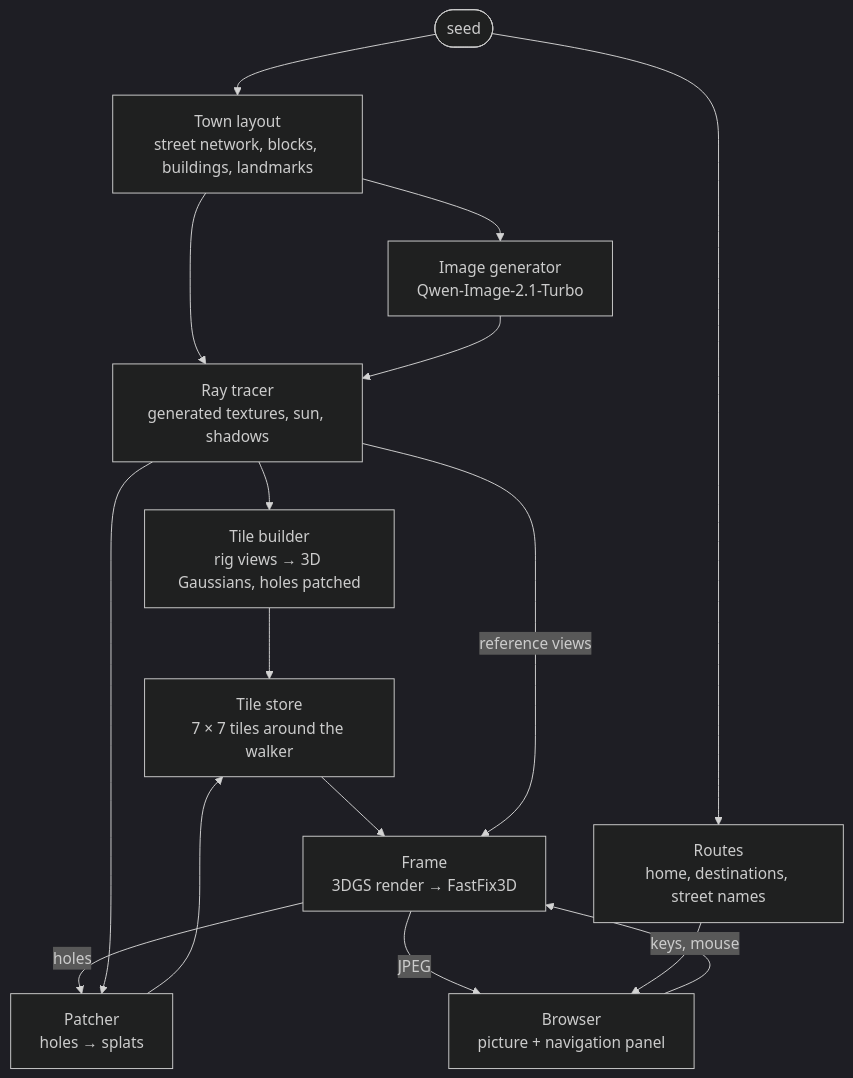
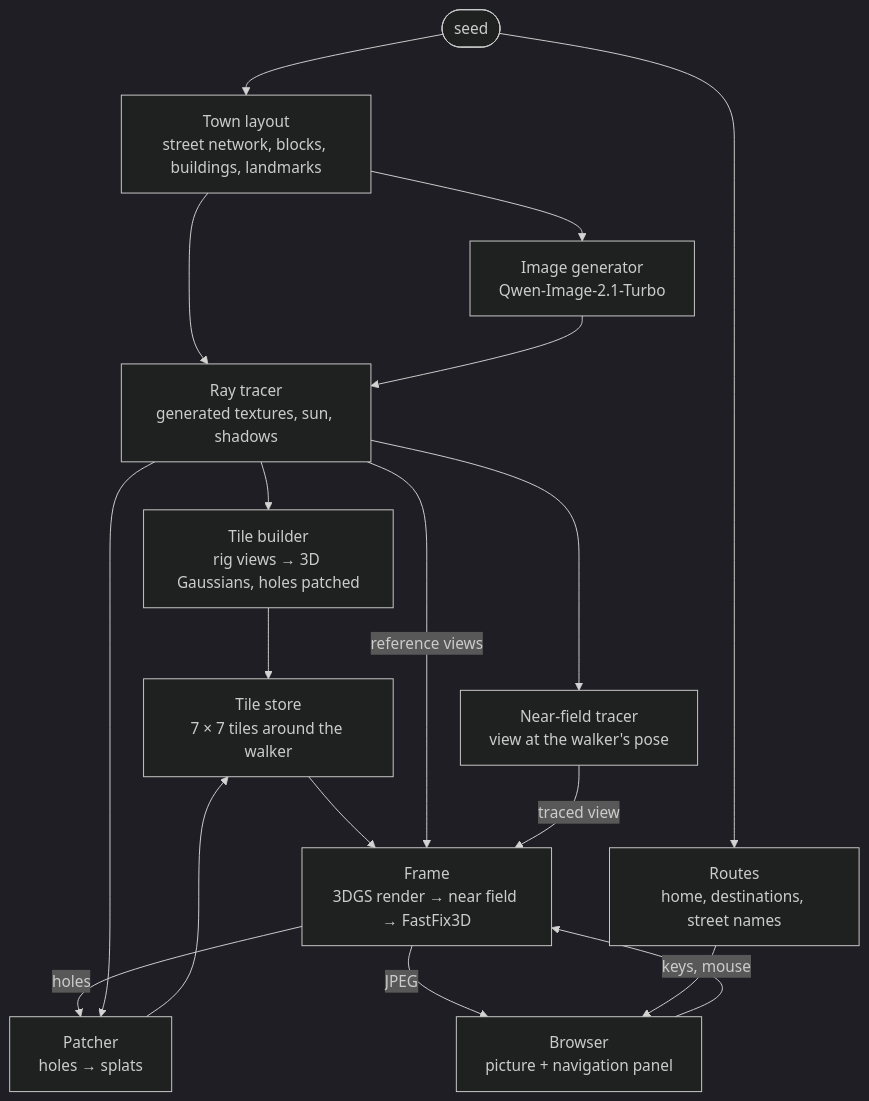
Before and after one commit to Cerynitius/3dgen: the diagram in README.md, drawn with Mermaid (dark theme). The commit also changed other lines of this file and 6 other files, not shown here.

Commit message:
Near-field layer: generated images traced at the walker's pose up close; bilinear cut-out alpha

````diff
--- a/README.md
+++ b/README.md
@@ -43,18 +43,20 @@
 ```mermaid
 flowchart TD
   seed([seed]) --> town["Town layout<br/>street network, blocks, buildings, landmarks"]
   seed --> routes["Routes<br/>home, destinations, street names"]
   town --> gen["Image generator<br/>Qwen-Image-2.1-Turbo"]
   town --> rt["Ray tracer<br/>generated textures, sun, shadows"]
   gen --> rt
   rt --> tiles["Tile builder<br/>rig views → 3D Gaussians, holes patched"]
   tiles --> store["Tile store<br/>7 × 7 tiles around the walker"]
-  store --> frame["Frame<br/>3DGS render → FastFix3D"]
+  store --> frame["Frame<br/>3DGS render → near field → FastFix3D"]
   rt -- reference views --> frame
+  rt --> near["Near-field tracer<br/>view at the walker's pose"]
+  near -- traced view --> frame
   frame -- holes --> patch["Patcher<br/>holes → splats"]
   rt --> patch
   patch --> store
   frame -- JPEG --> page["Browser<br/>picture + navigation panel"]
   routes --> page
   page -- keys, mouse --> frame
 ```
````
